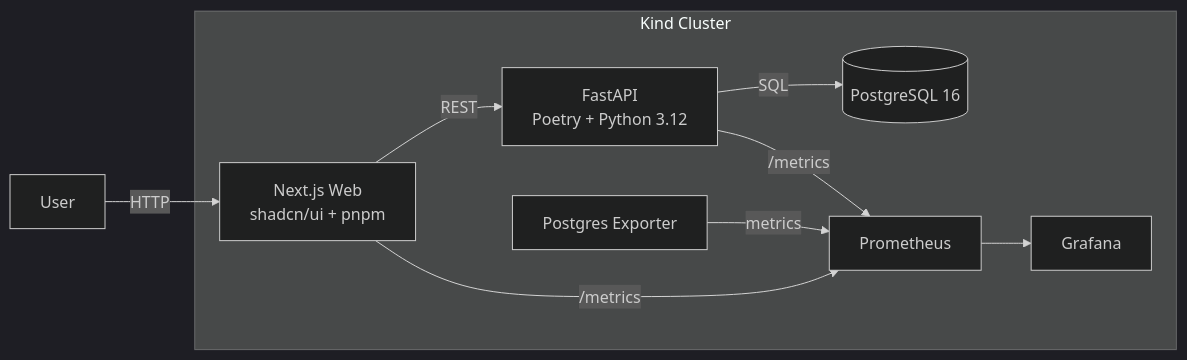
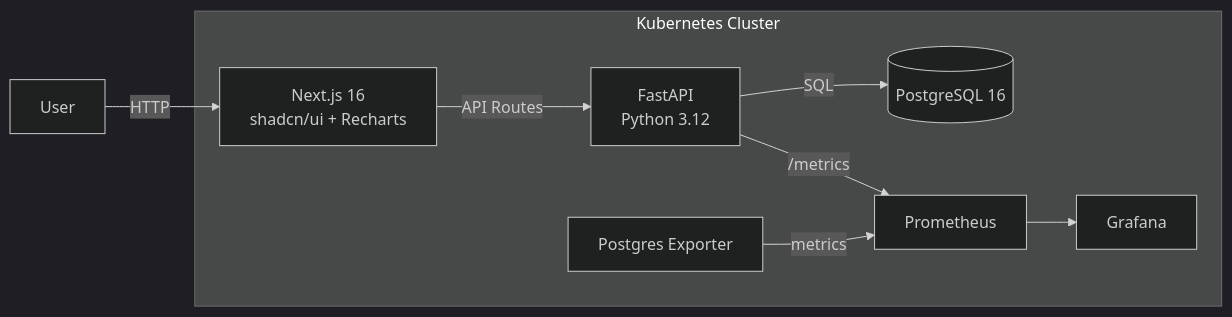
The diagram in README.md (jmunozti/vibecheck), drawn with Mermaid (dark theme) before and after one commit. The commit also changed other lines of this file and 56 other files, not shown here.

Commit message:
Refactor: rename api/web to backend/frontend, add best practices and screenshots

````diff
--- a/README.md
+++ b/README.md
@@ -7,19 +60,18 @@
 ```mermaid
 graph LR
-    U[User] -->|HTTP| W[Next.js Web<br>shadcn/ui + pnpm]
-    W -->|REST| A[FastAPI<br>Poetry + Python 3.12]
+    U[User] -->|HTTP| W[Next.js 16<br>shadcn/ui + Recharts]
+    W -->|API Routes| A[FastAPI<br>Python 3.12]
     A -->|SQL| PG[(PostgreSQL 16)]
     PE[Postgres Exporter] -->|metrics| PR[Prometheus]
     PR --> G[Grafana]
     A -->|/metrics| PR
-    W -->|/metrics| PR
 
-    subgraph Kind Cluster
+    subgraph Kubernetes Cluster
         W
         A
         PG
         PE
         PR
         G
     end
 ```
````
